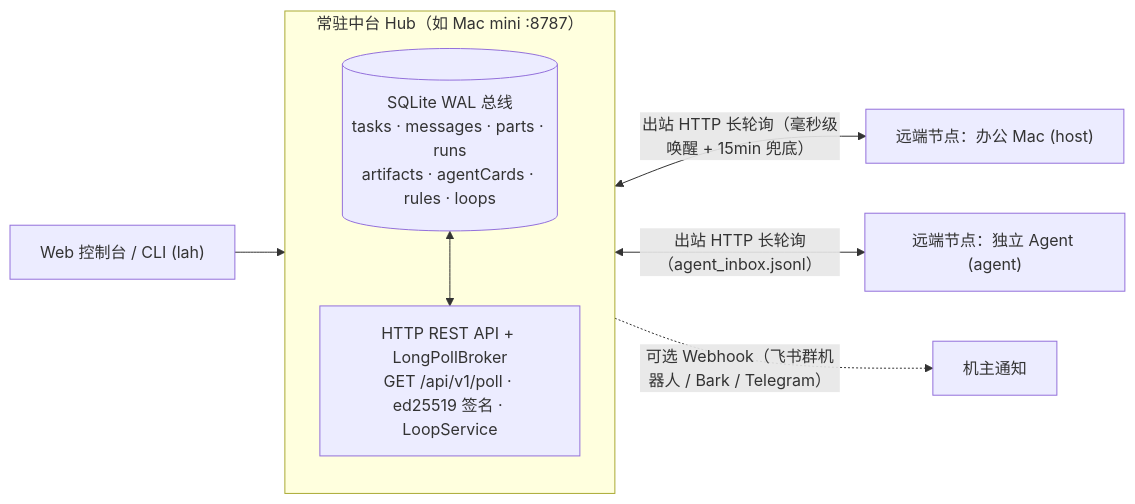
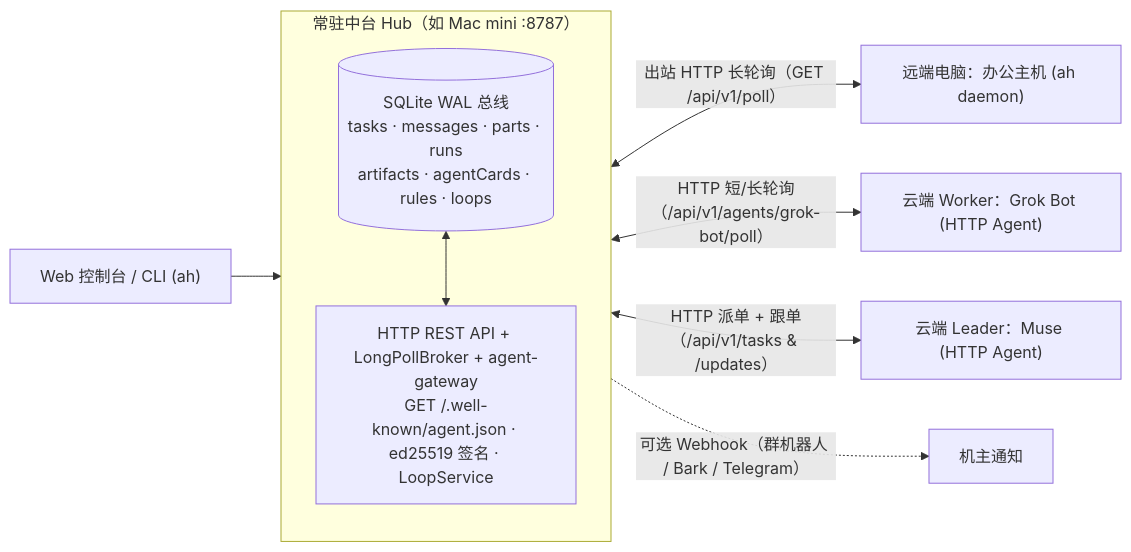
Before and after one commit to backtomyfuture/a2a-hub: the diagram in README.md, drawn with Mermaid. The commit also changed other lines of this file and 101 other files, not shown here.

First line of the commit message:
feat: unify HTTP gateway & polling, split 2x2 skills, and rename CLI to ah

````diff
--- a/README.md
+++ b/README.md
@@ -31,13 +31,14 @@
 ```mermaid
 flowchart LR
-    WEB["Web 控制台 / CLI (lah)"] --> HUB
+    WEB["Web 控制台 / CLI (ah)"] --> HUB
     subgraph HUB["常驻中台 Hub（如 Mac mini :8787）"]
         direction TB
         SQL[("SQLite WAL 总线\ntasks · messages · parts · runs\nartifacts · agentCards · rules · loops")]
-        API["HTTP REST API + LongPollBroker\nGET /api/v1/poll · ed25519 签名 · LoopService"]
+        API["HTTP REST API + LongPollBroker + agent-gateway\nGET /.well-known/agent.json · ed25519 签名 · LoopService"]
         SQL <--> API
     end
-    HUB <-->|"出站 HTTP 长轮询（毫秒级唤醒 + 15min 兜底）"| N1["远端节点：办公 Mac (host)"]
-    HUB <-->|"出站 HTTP 长轮询（agent_inbox.jsonl）"| N2["远端节点：独立 Agent (agent)"]
-    HUB -.->|"可选 Webhook（飞书群机器人 / Bark / Telegram）"| OWNER["机主通知"]
+    HUB <-->|"出站 HTTP 长轮询（GET /api/v1/poll）"| N1["远端电脑：办公主机 (ah daemon)"]
+    HUB <-->|"HTTP 短/长轮询（/api/v1/agents/grok-bot/poll）"| N2["云端 Worker：Grok Bot (HTTP Agent)"]
+    HUB <-->|"HTTP 派单 + 跟单（/api/v1/tasks & /updates）"| N3["云端 Leader：Muse (HTTP Agent)"]
+    HUB -.->|"可选 Webhook（群机器人 / Bark / Telegram）"| OWNER["机主通知"]
 ```
````
